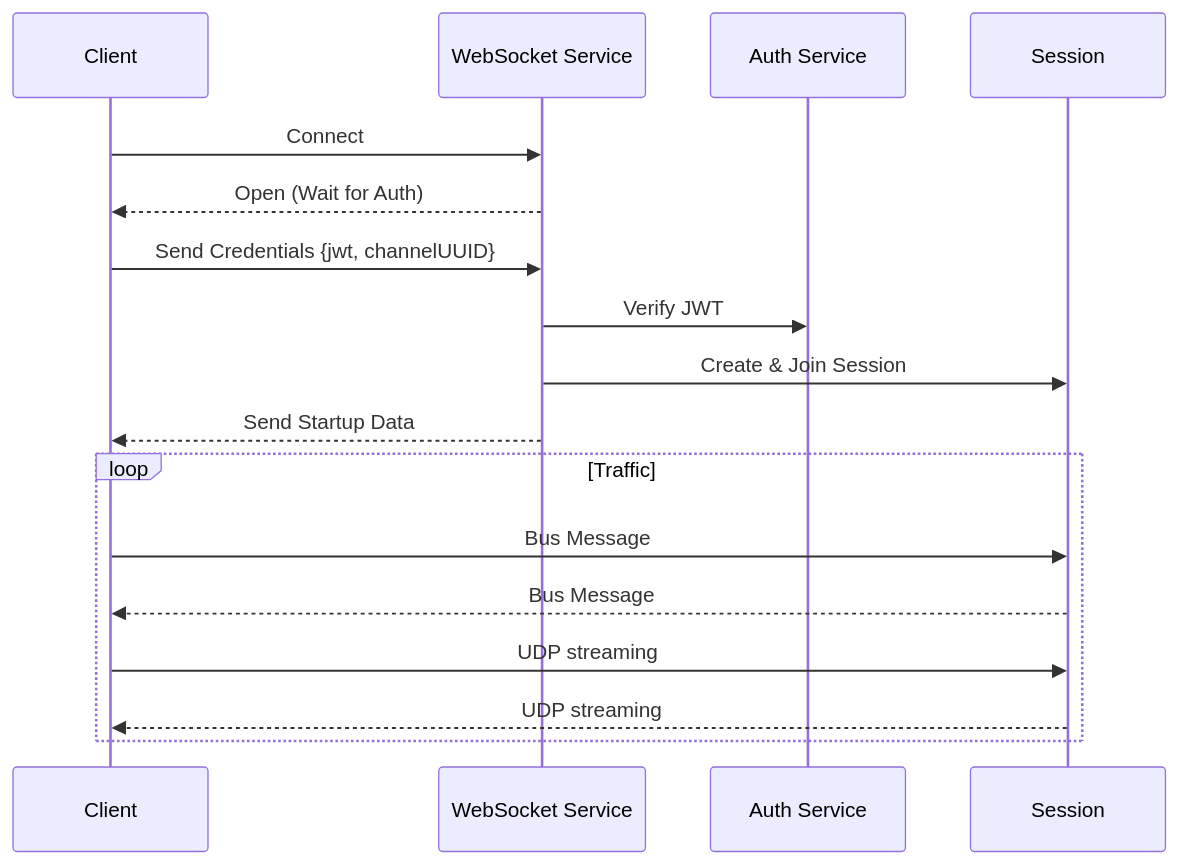
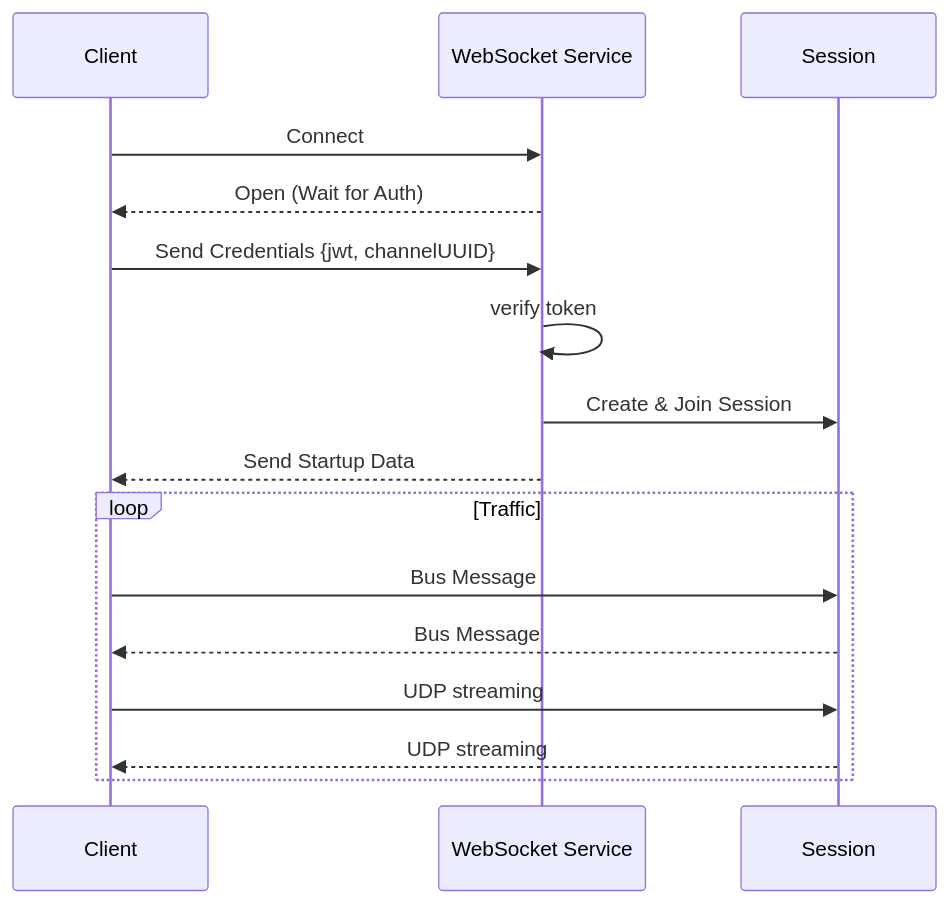
One commit to odoo/sfu changed the second of 2 diagrams in doc/architecture.md. Above: the diagram before and after it, drawn with Mermaid. The commit also changed other lines of this file, not shown here.

Commit message:
[wip] arch graph

````diff
--- a/doc/architecture.md
+++ b/doc/architecture.md
@@ -73,20 +82,19 @@
 ```mermaid
 sequenceDiagram
     participant C as Client
     participant WS as WebSocket Service
-    participant A as Auth Service
     participant S as Session
 
     C->>WS: Connect
     WS-->>C: Open (Wait for Auth)
     C->>WS: Send Credentials {jwt, channelUUID}
-    WS->>A: Verify JWT
+    WS->>WS: verify token
     WS->>S: Create & Join Session
     WS-->>C: Send Startup Data
     loop Traffic
         C->>S: Bus Message
         S-->>C: Bus Message
         C->>S: UDP streaming
         S-->>C: UDP streaming
     end
 ```
````
